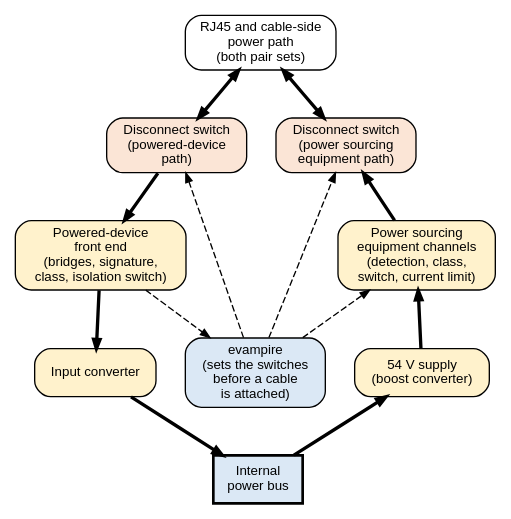
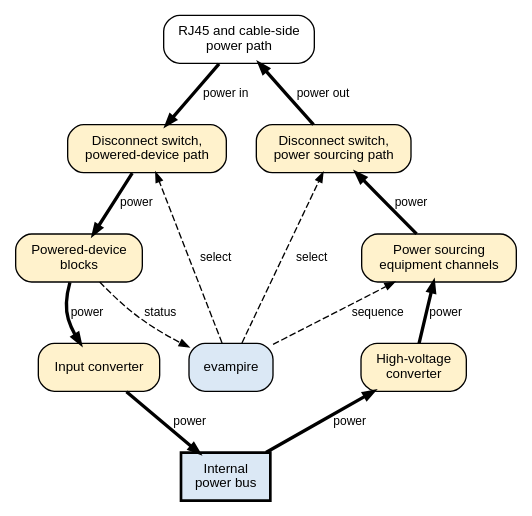
One commit to mithro/evampire changed the diagram in docs/power/poe/dual-role.dot. Above: the diagram before and after it, drawn with Graphviz. The commit also changed 6 other files, not shown here.

Commit message:
Label every edge of the PoE diagrams and use the Type 2 example in the timeline

```diff
--- a/docs/power/poe/dual-role.dot
+++ b/docs/power/poe/dual-role.dot
@@ -1,43 +1,47 @@
-// An Ethernet port that can take either Power over Ethernet role.
-// Bold arrows: power paths. Dashed arrows: control.
+// An Ethernet port that can take either Power over Ethernet role. Every
+// edge carries a text label; bold edges carry power, dashed edges carry
+// control and status.
+//
+// Fill colours: power circuits #fff2cc, evampire and the power bus
+// #dbe8f5, connectors #ffffff.
 //
 // SPDX-License-Identifier: Apache-2.0
 
 digraph dual_role {
     graph [rankdir=TB, fontname="Helvetica", fontsize=12, nodesep=0.3,
            ranksep=0.5, newrank=true];
     node  [shape=box, style="rounded,filled", fillcolor="#f2f2f2",
            fontname="Helvetica", fontsize=10];
     edge  [fontname="Helvetica", fontsize=9, arrowsize=0.7];
 
-    cable [label="RJ45 and cable-side\npower path\n(both pair sets)", fillcolor="#ffffff"];
+    cable [label="RJ45 and cable-side\npower path", fillcolor="#ffffff"];
 
-    swpd  [label="Disconnect switch\n(powered-device\npath)", fillcolor="#fbe5d6"];
-    swpse [label="Disconnect switch\n(power sourcing\nequipment path)", fillcolor="#fbe5d6"];
+    swpd  [label="Disconnect switch,\npowered-device path", fillcolor="#fff2cc"];
+    swpse [label="Disconnect switch,\npower sourcing path", fillcolor="#fff2cc"];
 
-    pd    [label="Powered-device\nfront end\n(bridges, signature,\nclass, isolation switch)", fillcolor="#fff2cc"];
-    pse   [label="Power sourcing\nequipment channels\n(detection, class,\nswitch, current limit)", fillcolor="#fff2cc"];
+    pd    [label="Powered-device\nblocks", fillcolor="#fff2cc"];
+    pse   [label="Power sourcing\nequipment channels", fillcolor="#fff2cc"];
 
     conv  [label="Input converter", fillcolor="#fff2cc"];
-    hv    [label="54 V supply\n(boost converter)", fillcolor="#fff2cc"];
+    hv    [label="High-voltage\nconverter", fillcolor="#fff2cc"];
     bus   [label="Internal\npower bus", style="filled,bold", fillcolor="#dbe8f5"];
-    evp   [label="evampire\n(sets the switches\nbefore a cable\nis attached)", fillcolor="#dbe8f5"];
+    evp   [label="evampire", fillcolor="#dbe8f5"];
 
     { rank=same; swpd; swpse; }
     { rank=same; pd; pse; }
-    { rank=same; conv; hv; evp; }
+    { rank=same; conv; hv; }
 
-    cable -> swpd  [penwidth=2.5, dir=both];
-    cable -> swpse [penwidth=2.5, dir=both];
-    swpd  -> pd    [penwidth=2.5];
-    pd    -> conv  [penwidth=2.5];
-    conv  -> bus   [penwidth=2.5];
-    swpse -> pse   [penwidth=2.5, dir=back];
-    pse   -> hv    [penwidth=2.5, dir=back];
-    hv    -> bus   [penwidth=2.5, dir=back];
+    cable -> swpd  [penwidth=2.5, label="power in"];
+    swpse -> cable [penwidth=2.5, label="power out"];
+    swpd  -> pd    [penwidth=2.5, label="power"];
+    pd    -> conv  [penwidth=2.5, label="power"];
+    conv  -> bus   [penwidth=2.5, label="power"];
+    pse   -> swpse [penwidth=2.5, label="power"];
+    hv    -> pse   [penwidth=2.5, label="power"];
+    bus   -> hv    [penwidth=2.5, label="power"];
 
-    evp -> swpd  [style=dashed];
-    evp -> swpse [style=dashed];
-    evp -> pse   [style=dashed];
-    pd  -> evp   [style=dashed];
+    evp -> swpd  [style=dashed, label="select"];
+    evp -> swpse [style=dashed, label="select"];
+    evp -> pse   [style=dashed, label="sequence"];
+    pd  -> evp   [style=dashed, label="status"];
 }
```
